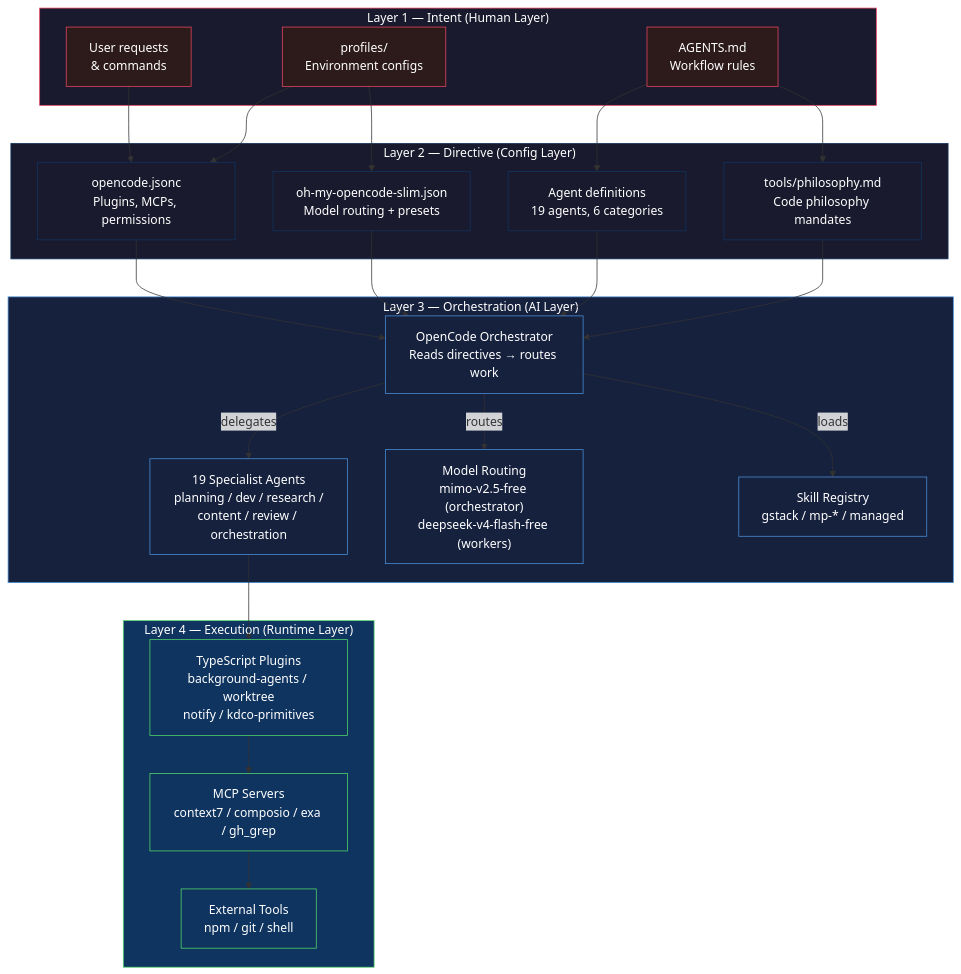
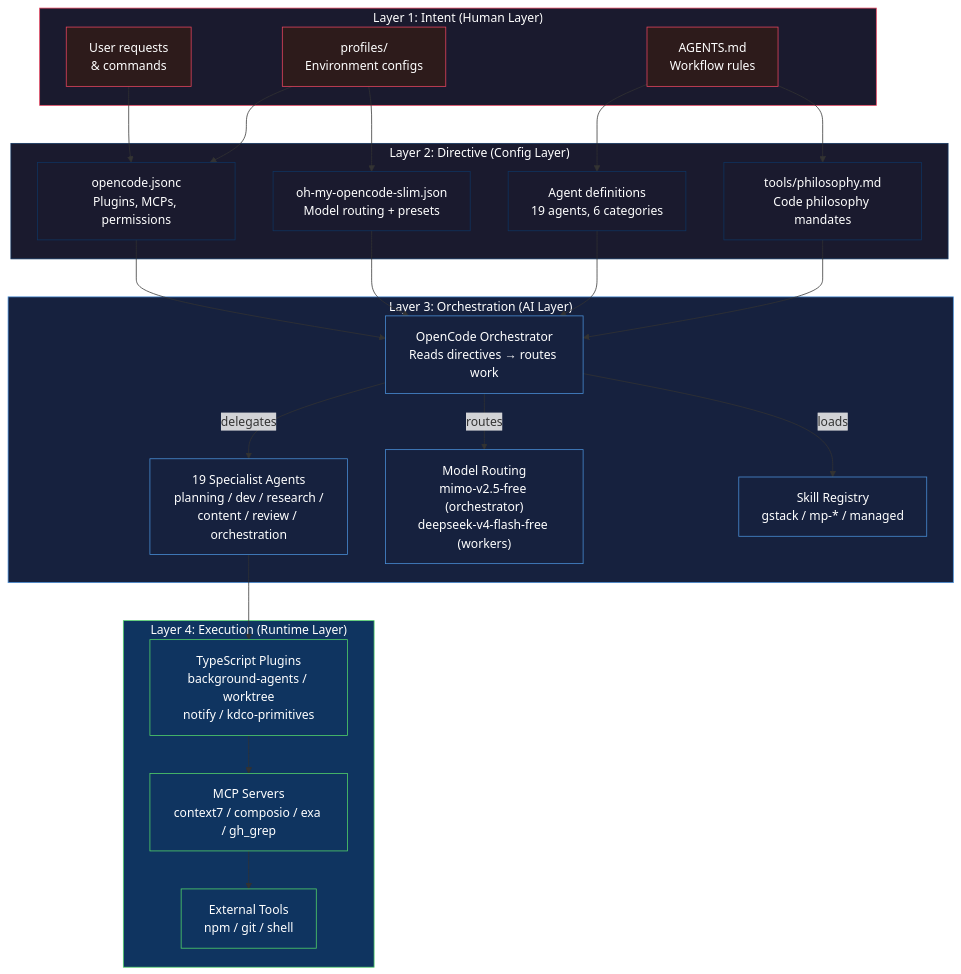
One commit to sanjanb/my-agent-harness changed the first of 6 diagrams in README.md. Above: the diagram before and after it, drawn with Mermaid. The commit also changed other lines of this file and 1 other file, not shown here.

````diff
--- a/README.md
+++ b/README.md
@@ -25,66 +25,66 @@
 ```mermaid
 graph TD
-    subgraph L1["Layer 1 — Intent (Human Layer)"]
+    subgraph L1["Layer 1: Intent (Human Layer)"]
         INT1["User requests<br/>& commands"]
         INT2["profiles/<br/>Environment configs"]
         INT3["AGENTS.md<br/>Workflow rules"]
     end
 
-    subgraph L2["Layer 2 — Directive (Config Layer)"]
+    subgraph L2["Layer 2: Directive (Config Layer)"]
         DIR1["opencode.jsonc<br/>Plugins, MCPs, permissions"]
         DIR2["oh-my-opencode-slim.json<br/>Model routing + presets"]
         DIR3["Agent definitions<br/>19 agents, 6 categories"]
         DIR4["tools/philosophy.md<br/>Code philosophy mandates"]
     end
 
-    subgraph L3["Layer 3 — Orchestration (AI Layer)"]
+    subgraph L3["Layer 3: Orchestration (AI Layer)"]
         ORCH["OpenCode Orchestrator<br/>Reads directives → routes work"]
         AGENTS["19 Specialist Agents<br/>planning / dev / research /<br/>content / review / orchestration"]
         MODELS["Model Routing<br/>mimo-v2.5-free (orchestrator)<br/>deepseek-v4-flash-free (workers)"]
         SKILLS["Skill Registry<br/>gstack / mp-* / managed"]
     end
 
-    subgraph L4["Layer 4 — Execution (Runtime Layer)"]
+    subgraph L4["Layer 4: Execution (Runtime Layer)"]
         PLUGINS["TypeScript Plugins<br/>background-agents / worktree<br/>notify / kdco-primitives"]
         MCPS["MCP Servers<br/>context7 / composio / exa / gh_grep"]
         TOOLS["External Tools<br/>npm / git / shell"]
     end
 
     INT1 --> DIR1
     INT2 --> DIR1
     INT2 --> DIR2
     INT3 --> DIR3
     INT3 --> DIR4
 
     DIR1 --> ORCH
     DIR2 --> ORCH
     DIR3 --> ORCH
     DIR4 --> ORCH
 
     ORCH -->|"delegates"| AGENTS
     ORCH -->|"routes"| MODELS
     ORCH -->|"loads"| SKILLS
 
     AGENTS --> PLUGINS
     PLUGINS --> MCPS
     MCPS --> TOOLS
 
     style L1 fill:#1a1a2e,stroke:#e94560,color:#fff
     style L2 fill:#1a1a2e,stroke:#0f3460,color:#fff
     style L3 fill:#16213e,stroke:#4a90d9,color:#fff
     style L4 fill:#0f3460,stroke:#53d769,color:#fff
     style INT1 fill:#2d1b1b,stroke:#e94560,color:#fff
     style INT2 fill:#2d1b1b,stroke:#e94560,color:#fff
     style INT3 fill:#2d1b1b,stroke:#e94560,color:#fff
     style DIR1 fill:#1a1a2e,stroke:#0f3460,color:#fff
     style DIR2 fill:#1a1a2e,stroke:#0f3460,color:#fff
     style DIR3 fill:#1a1a2e,stroke:#0f3460,color:#fff
     style DIR4 fill:#1a1a2e,stroke:#0f3460,color:#fff
     style ORCH fill:#16213e,stroke:#4a90d9,color:#fff
     style AGENTS fill:#16213e,stroke:#4a90d9,color:#fff
     style MODELS fill:#16213e,stroke:#4a90d9,color:#fff
     style SKILLS fill:#16213e,stroke:#4a90d9,color:#fff
     style PLUGINS fill:#0f3460,stroke:#53d769,color:#fff
     style MCPS fill:#0f3460,stroke:#53d769,color:#fff
     style TOOLS fill:#0f3460,stroke:#53d769,color:#fff
 ```
````
